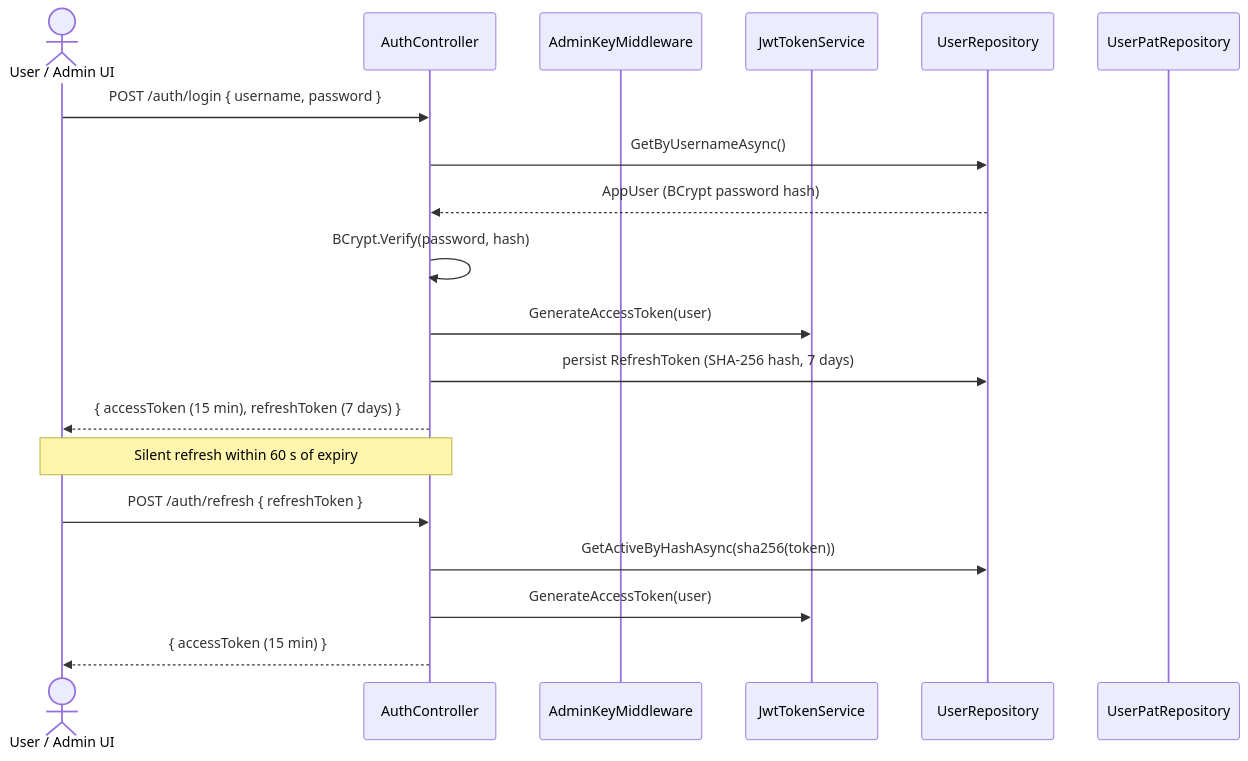
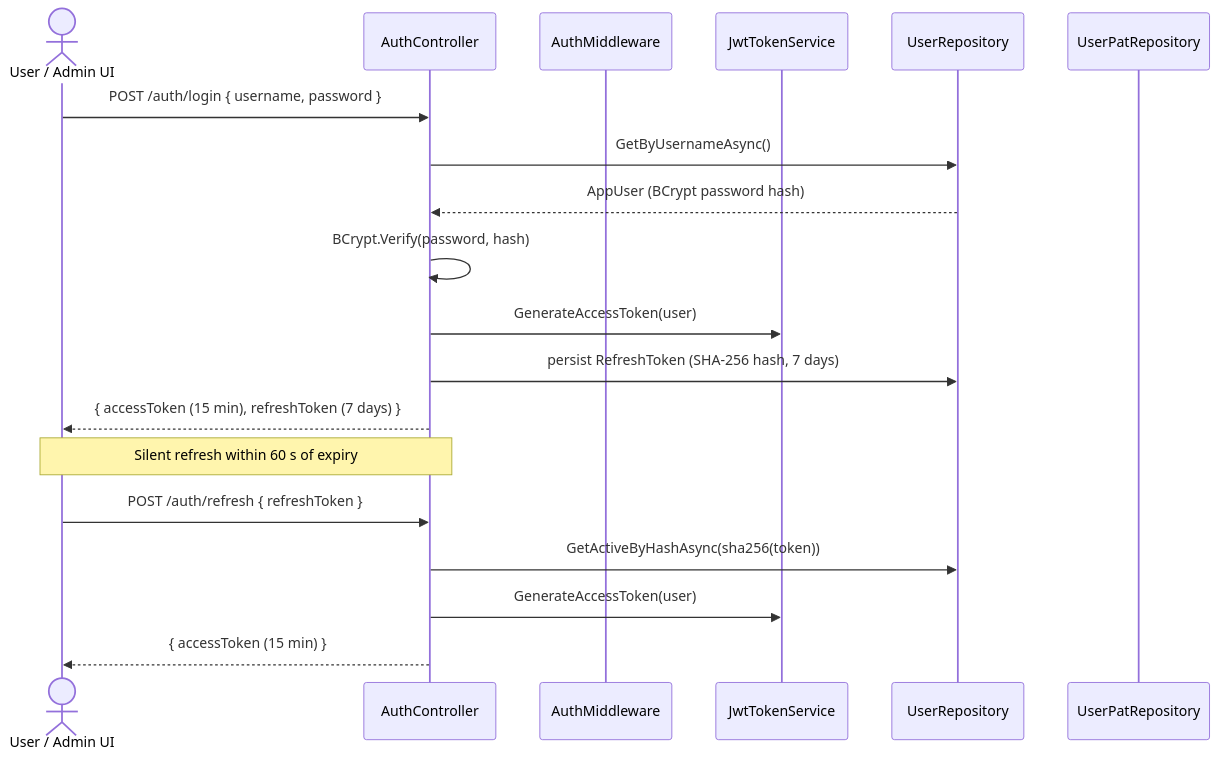
One commit to meister-dev-ai/propr changed the third of 16 diagrams in docs/architecture.md. Above: the diagram before and after it, drawn with Mermaid. The commit also changed other lines of this file and 709 other files, not shown here.

````diff
--- a/docs/architecture.md
+++ b/docs/architecture.md
@@ -93,24 +124,24 @@
 ```mermaid
 sequenceDiagram
     actor User as User / Admin UI
     participant Auth as AuthController
-    participant MW as AdminKeyMiddleware
+    participant MW as AuthMiddleware
     participant JT as JwtTokenService
     participant UR as UserRepository
     participant PR as UserPatRepository
 
     User->>Auth: POST /auth/login { username, password }
     Auth->>UR: GetByUsernameAsync()
     UR-->>Auth: AppUser (BCrypt password hash)
     Auth->>Auth: BCrypt.Verify(password, hash)
     Auth->>JT: GenerateAccessToken(user)
     Auth->>UR: persist RefreshToken (SHA-256 hash, 7 days)
     Auth-->>User: { accessToken (15 min), refreshToken (7 days) }
 
     Note over User,Auth: Silent refresh within 60 s of expiry
 
     User->>Auth: POST /auth/refresh { refreshToken }
     Auth->>UR: GetActiveByHashAsync(sha256(token))
     Auth->>JT: GenerateAccessToken(user)
     Auth-->>User: { accessToken (15 min) }
 ```
````
